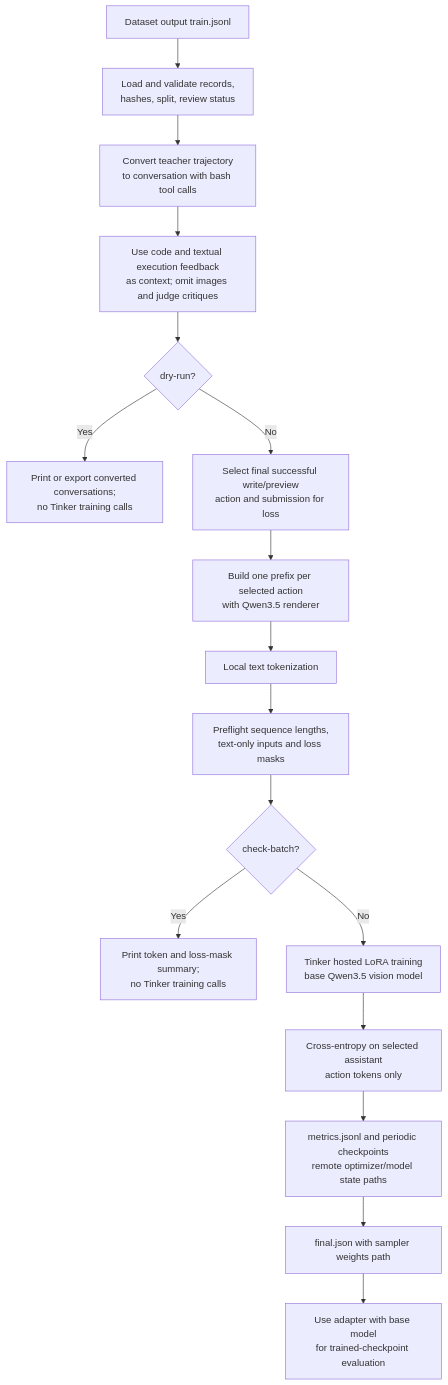
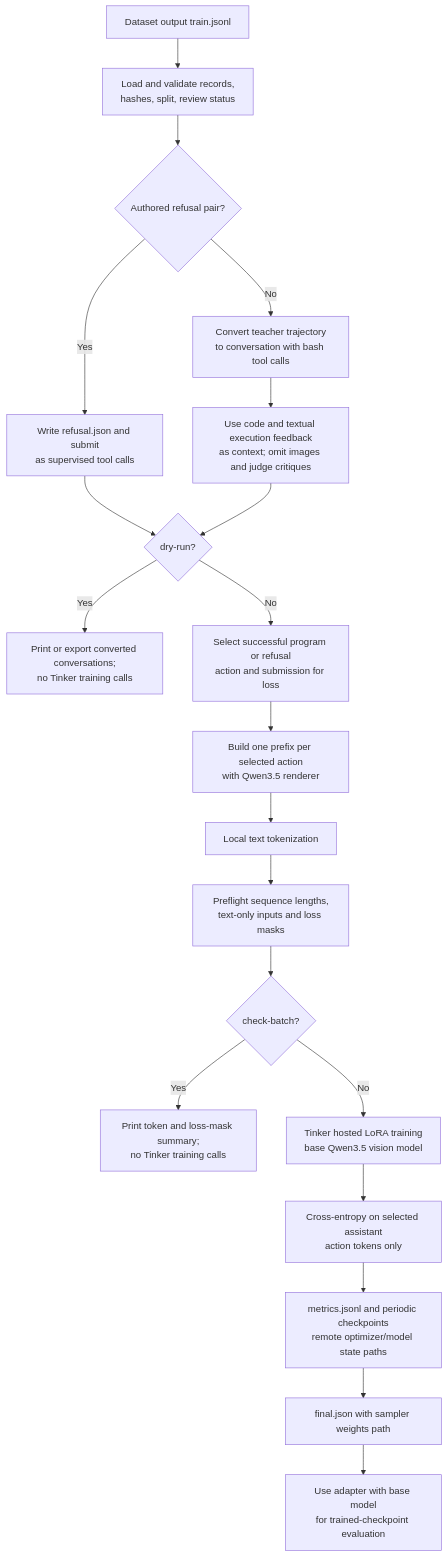
Before and after one commit to RashikShahjahan/artsy-fartsy: the third of 3 diagrams in docs/pipeline-diagrams.md, drawn with Mermaid. The commit also changed other lines of this file and 12 other files, not shown here.

````diff
--- a/docs/pipeline-diagrams.md
+++ b/docs/pipeline-diagrams.md
@@ -79,19 +86,22 @@
 ```mermaid
 flowchart TD
     A[Dataset output train.jsonl] --> B[Load and validate records,<br/>hashes, split, review status]
-    B --> C[Convert teacher trajectory<br/>to conversation with bash tool calls]
+    B --> P{Authored refusal pair?}
+    P -- Yes --> X[Write refusal.json and submit<br/>as supervised tool calls]
+    X --> Q
+    P -- No --> C[Convert teacher trajectory<br/>to conversation with bash tool calls]
     C --> D[Use code and textual execution feedback<br/>as context; omit images and judge critiques]
     D --> Q{dry-run?}
     Q -- Yes --> J[Print or export converted conversations;<br/>no Tinker training calls]
-    Q -- No --> E[Select final successful write/preview<br/>action and submission for loss]
+    Q -- No --> E[Select successful program or refusal<br/>action and submission for loss]
     E --> F[Build one prefix per selected action<br/>with Qwen3.5 renderer]
     F --> G[Local text tokenization]
     G --> H[Preflight sequence lengths,<br/>text-only inputs and loss masks]
     H --> I{check-batch?}
     I -- Yes --> R[Print token and loss-mask summary;<br/>no Tinker training calls]
     I -- No --> K[Tinker hosted LoRA training<br/>base Qwen3.5 vision model]
     K --> L[Cross-entropy on selected assistant<br/>action tokens only]
     L --> M[metrics.jsonl and periodic checkpoints<br/>remote optimizer/model state paths]
     M --> N[final.json with sampler weights path]
     N --> O[Use adapter with base model<br/>for trained-checkpoint evaluation]
 ```
````
